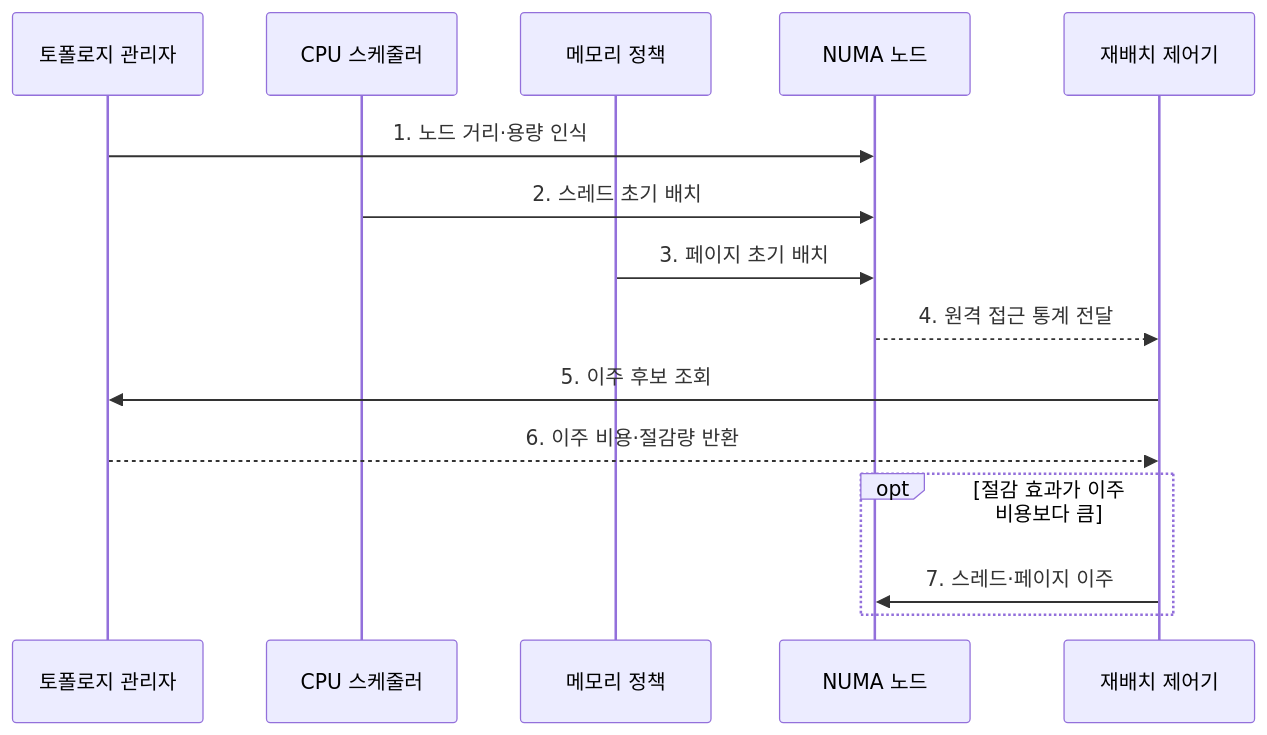
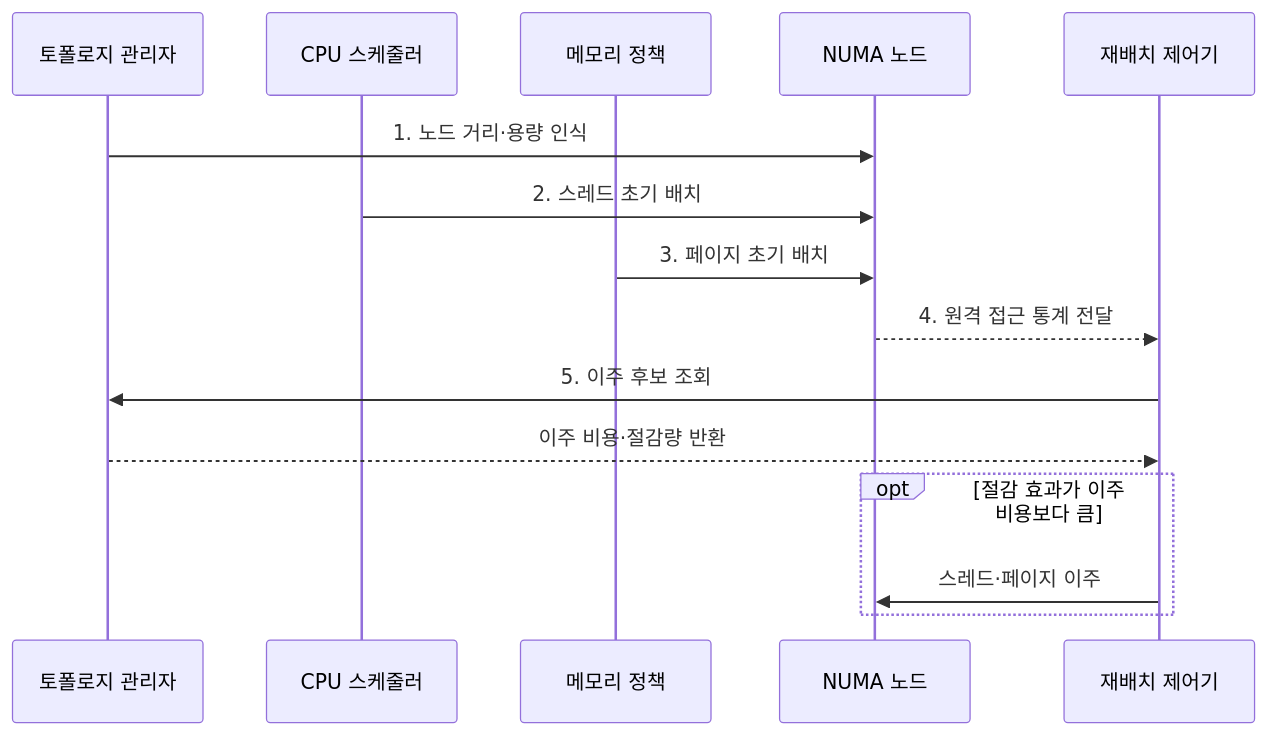
One commit to agnusdei1207/knowledge-base changed the second of 2 diagrams in src/content/docs/notes/03-software/029_numa_aware_scheduling.md. Above: the diagram before and after it, drawn with Mermaid. The commit also changed other lines of this file and 238 other files, not shown here.

````diff
--- a/src/content/docs/notes/03-software/029_numa_aware_scheduling.md
+++ b/src/content/docs/notes/03-software/029_numa_aware_scheduling.md
@@ -87,17 +90,17 @@
 ```mermaid
 sequenceDiagram
     participant T as 토폴로지 관리자
     participant S as CPU 스케줄러
     participant M as 메모리 정책
     participant N as NUMA 노드
     participant R as 재배치 제어기
     T->>N: 1. 노드 거리·용량 인식
     S->>N: 2. 스레드 초기 배치
     M->>N: 3. 페이지 초기 배치
     N-->>R: 4. 원격 접근 통계 전달
     R->>T: 5. 이주 후보 조회
-    T-->>R: 6. 이주 비용·절감량 반환
+    T-->>R: 이주 비용·절감량 반환
     opt 절감 효과가 이주 비용보다 큼
-        R->>N: 7. 스레드·페이지 이주
+        R->>N: 스레드·페이지 이주
     end
 ```
````
